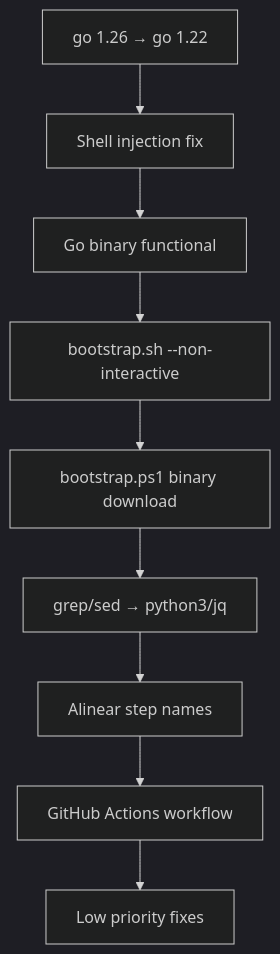
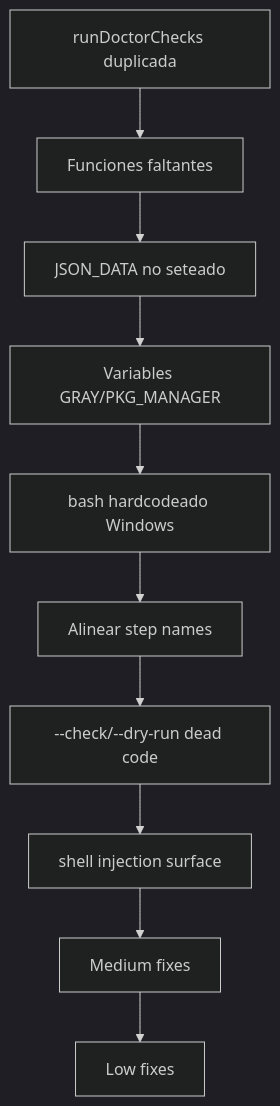
Before and after one commit to orlinefoster/lara-diaries: the diagram in tareas-pendientes.md, drawn with Mermaid (dark theme). The commit also changed other lines of this file and 6 other files, not shown here.

````diff
--- a/tareas-pendientes.md
+++ b/tareas-pendientes.md
@@ -261,11 +310,12 @@
 ```mermaid
 graph TD
-    A[go 1.26 → go 1.22] --> B[Shell injection fix]
-    B --> C[Go binary functional]
-    C --> D[bootstrap.sh --non-interactive]
-    D --> E[bootstrap.ps1 binary download]
-    E --> F[grep/sed → python3/jq]
-    F --> G[Alinear step names]
-    G --> H[GitHub Actions workflow]
-    H --> I[Low priority fixes]
+    C1[runDoctorChecks duplicada] --> C2[Funciones faltantes]
+    C2 --> C3[JSON_DATA no seteado]
+    C3 --> C4[Variables GRAY/PKG_MANAGER]
+    C4 --> C5[bash hardcodeado Windows]
+    C5 --> H1[Alinear step names]
+    H1 --> H2[--check/--dry-run dead code]
+    H2 --> H3[shell injection surface]
+    H3 --> M1-M8[Medium fixes]
+    M1-M8 --> L1-L4[Low fixes]
 ```
````
